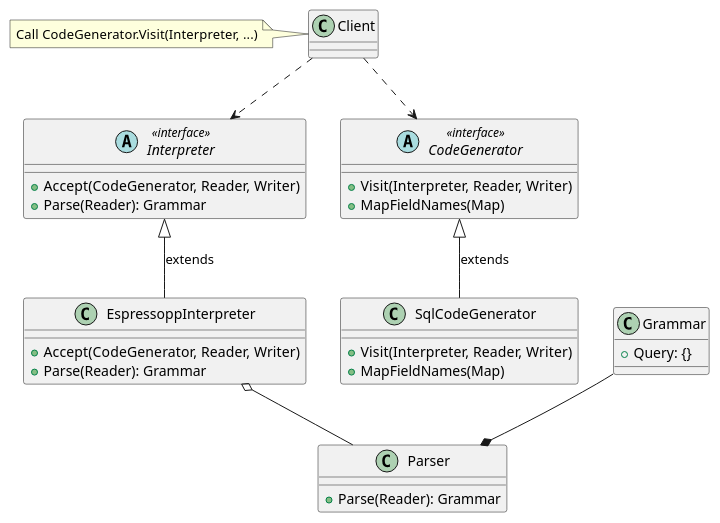
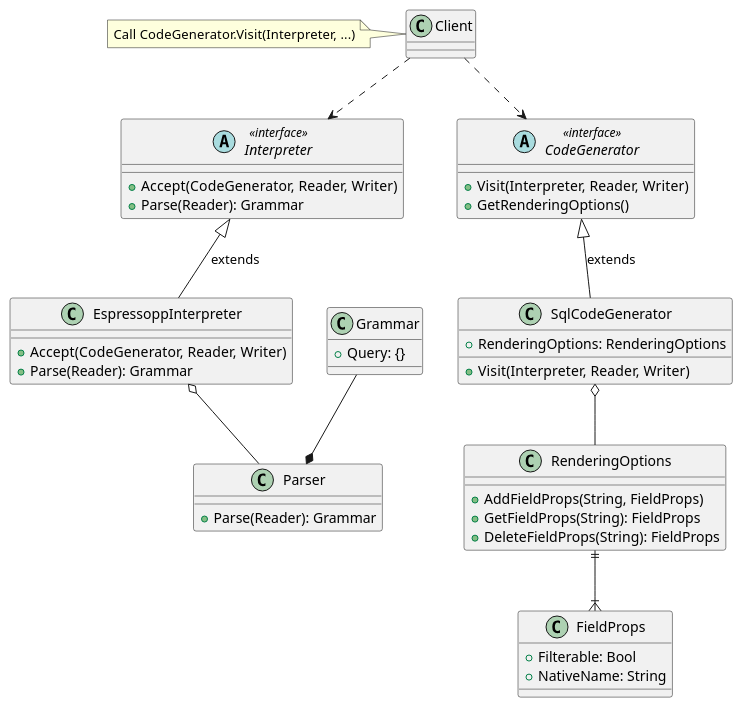
One commit to skeeterhealth/espressopp changed the second of 4 diagrams in docs/espressopp-sdd.adoc. Above: the diagram before and after it, drawn with PlantUML. The commit also changed other lines of this file, not shown here.

Commit message:
doc: add RenderingOptions

```diff
--- a/docs/espressopp-sdd.adoc
+++ b/docs/espressopp-sdd.adoc
@@ -93,32 +93,43 @@
 [plantuml, format="png", id="key-elements"]
 ----
 abstract class Interpreter <<interface>> {
   +Accept(CodeGenerator, Reader, Writer)
   +Parse(Reader): Grammar
 }
 class EspressoppInterpreter {
   +Accept(CodeGenerator, Reader, Writer)
   +Parse(Reader): Grammar
 }
 abstract class CodeGenerator <<interface>> {
   +Visit(Interpreter, Reader, Writer)
-  +MapFieldNames(Map)
+  +GetRenderingOptions()
 }
 class SqlCodeGenerator {
+  +RenderingOptions: RenderingOptions
   +Visit(Interpreter, Reader, Writer)
-  +MapFieldNames(Map)
+}
+class FieldProps {
+  +Filterable: Bool
+  +NativeName: String
+}
+class RenderingOptions {
+  +AddFieldProps(String, FieldProps)
+  +GetFieldProps(String): FieldProps
+  +DeleteFieldProps(String): FieldProps
 }
 class Parser{
   +Parse(Reader): Grammar
 }
 class Grammar{
   +Query: {}
 }
 Client ..> Interpreter
 Client ..> CodeGenerator
 Interpreter <|-- EspressoppInterpreter : extends
 note left: Call CodeGenerator.Visit(Interpreter, ...)
 CodeGenerator <|-- SqlCodeGenerator : extends
+SqlCodeGenerator o-- RenderingOptions
+RenderingOptions ||--|{ FieldProps
 EspressoppInterpreter o-- Parser
 Grammar --* Parser
 ----
```
